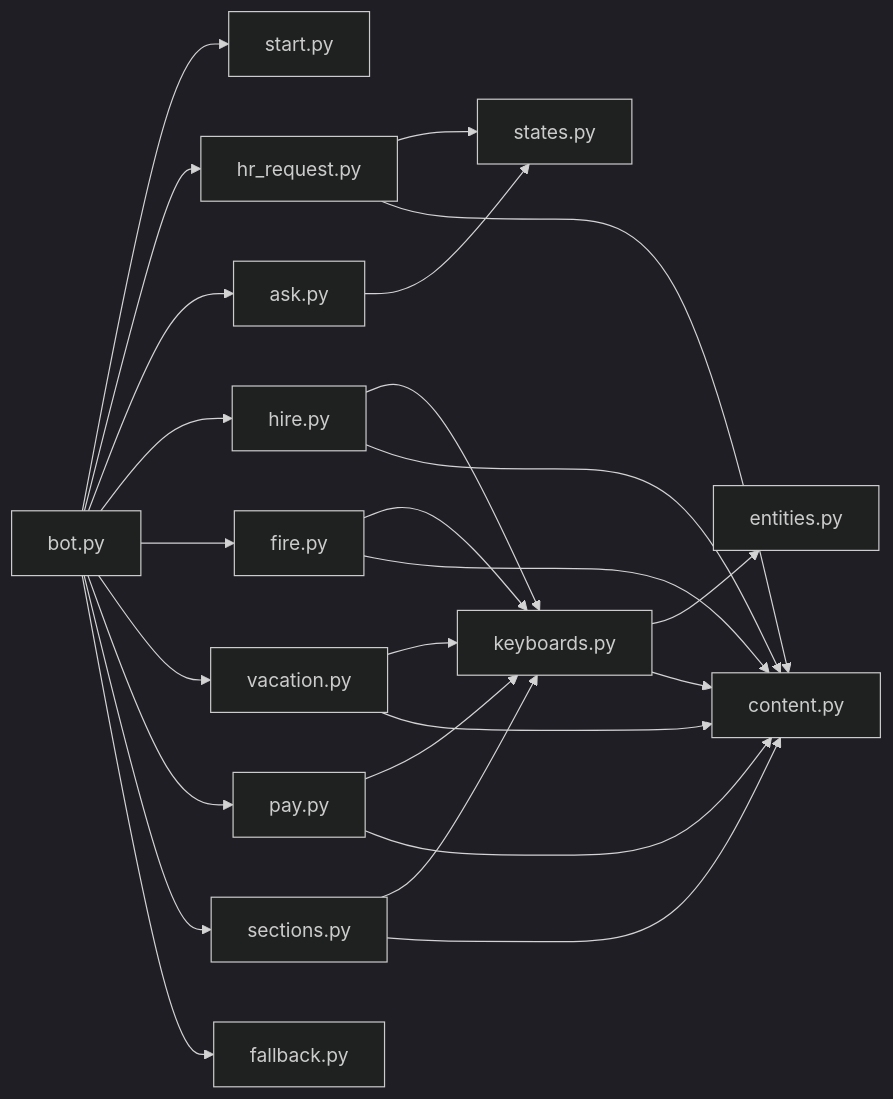
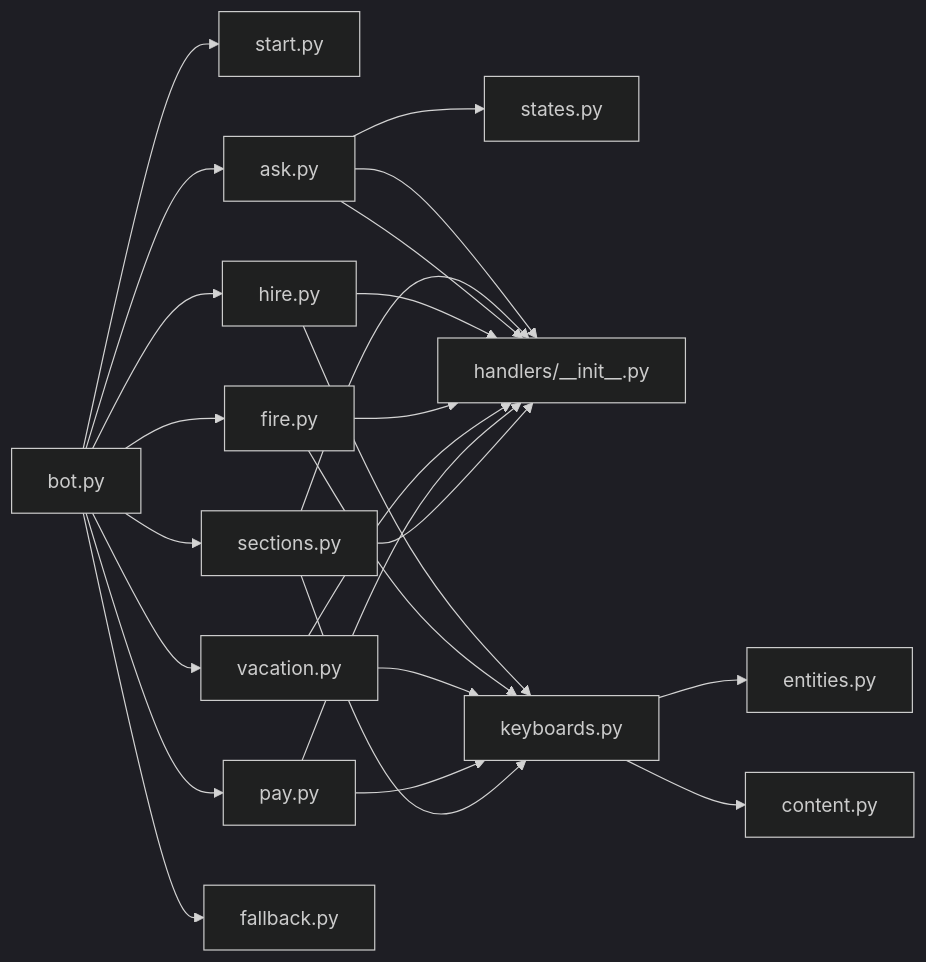
Before and after one commit to ognelis/cafetera_hr_bot: the seventh of 7 diagrams in .qoder/repowiki/en/content/Handler System/Sections Handler.md, drawn with Mermaid (dark theme). The commit also changed other lines of this file and 16 other files, not shown here.

````diff
--- a/.qoder/repowiki/en/content/Handler System/Sections Handler.md
+++ b/.qoder/repowiki/en/content/Handler System/Sections Handler.md
@@ -454,27 +436,27 @@
 ```mermaid
 graph LR
 BOT["bot.py"] --> START["start.py"]
-BOT --> HR_REQUEST["hr_request.py"]
 BOT --> ASK["ask.py"]
 BOT --> HIRE["hire.py"]
 BOT --> FIRE["fire.py"]
 BOT --> VACATION["vacation.py"]
 BOT --> PAY["pay.py"]
 BOT --> SECTIONS["sections.py"]
 BOT --> FALLBACK["fallback.py"]
-HR_REQUEST --> STATES["states.py"]
-ASK --> STATES
+ASK --> STATES["states.py"]
+ASK --> HANDLERS_INIT["handlers/__init__.py"]
 HIRE --> KEYBOARDS["keyboards.py"]
 FIRE --> KEYBOARDS
 VACATION --> KEYBOARDS
 PAY --> KEYBOARDS
 SECTIONS --> KEYBOARDS
+SECTIONS --> HANDLERS_INIT
 KEYBOARDS --> ENTITIES["entities.py"]
 KEYBOARDS --> CONTENT["content.py"]
-HR_REQUEST --> CONTENT
-HIRE --> CONTENT
-FIRE --> CONTENT
-VACATION --> CONTENT
-PAY --> CONTENT
-SECTIONS --> CONTENT
+ASK --> HANDLERS_INIT
+HIRE --> HANDLERS_INIT
+FIRE --> HANDLERS_INIT
+VACATION --> HANDLERS_INIT
+PAY --> HANDLERS_INIT
+SECTIONS --> HANDLERS_INIT
 ```
````
